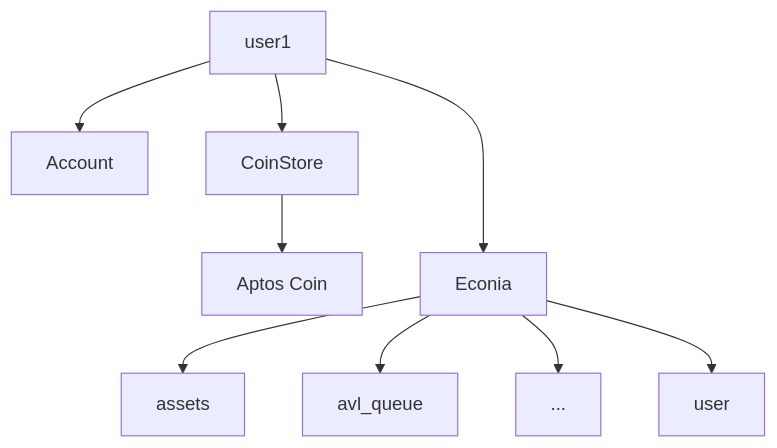
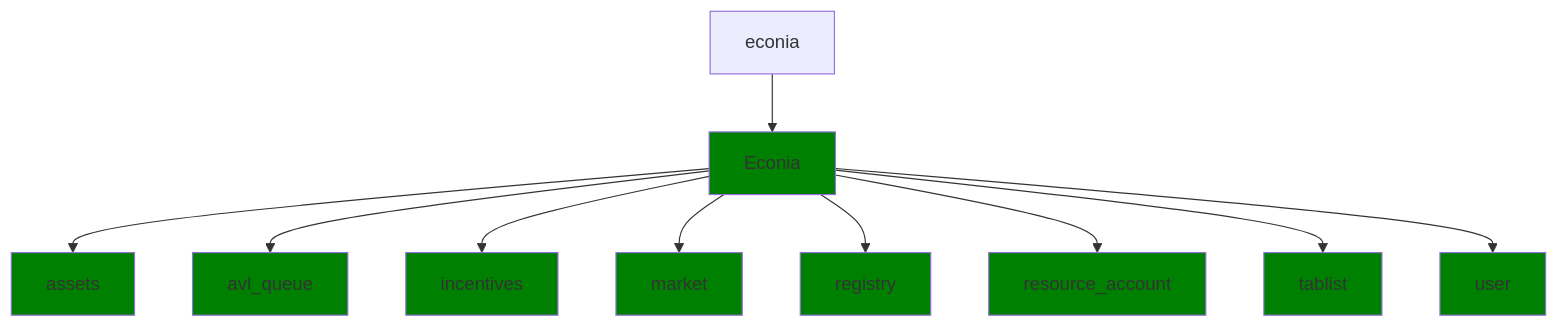
The third of 8 diagrams in README.md (econia-labs/amsterdam-2023-demo), drawn with Mermaid before and after one commit. The commit also changed other lines of this file, not shown here.

Commit message:
Refactor for 4 accounts, colored mermaid diffs

````diff
--- a/README.md
+++ b/README.md
@@ -131,14 +168,16 @@
    ```mermaid
 
    flowchart TD
 
-   user1 --> account[Account]
-   user1 --> apt_coinstore[CoinStore]
-   apt_coinstore --> apt[Aptos Coin]
-   user1 ---> Econia
-   Econia --> assets
-   Econia --> avl_queue
-   Econia --> ...
-   Econia --> user
+   econia --> Econia:::new
+   Econia --> assets:::new
+   Econia --> avl_queue:::new
+   Econia --> incentives:::new
+   Econia --> market:::new
+   Econia --> registry:::new
+   Econia --> resource_account:::new
+   Econia --> tablist:::new
+   Econia --> user:::new
 
+   classDef new fill:green
    ```
````
